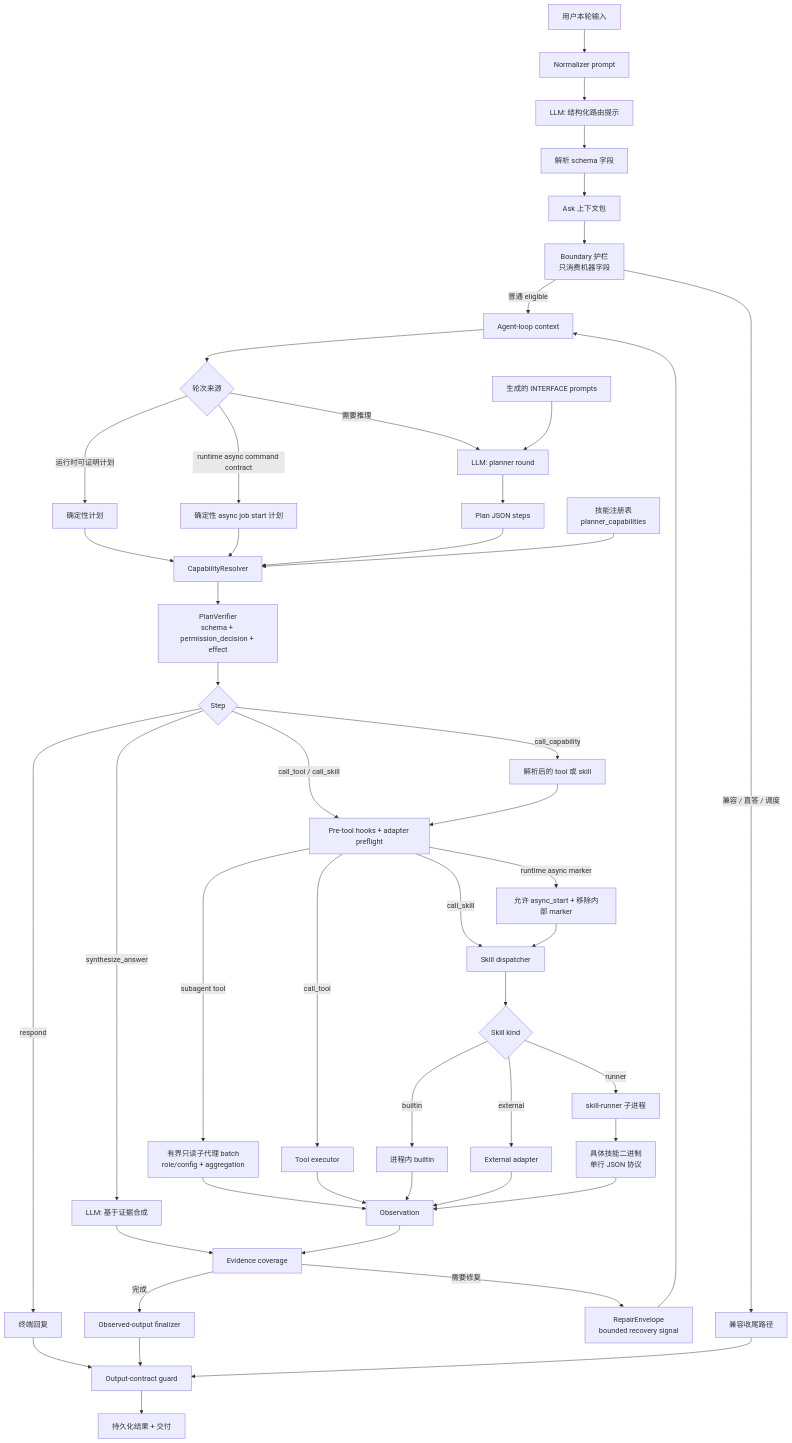
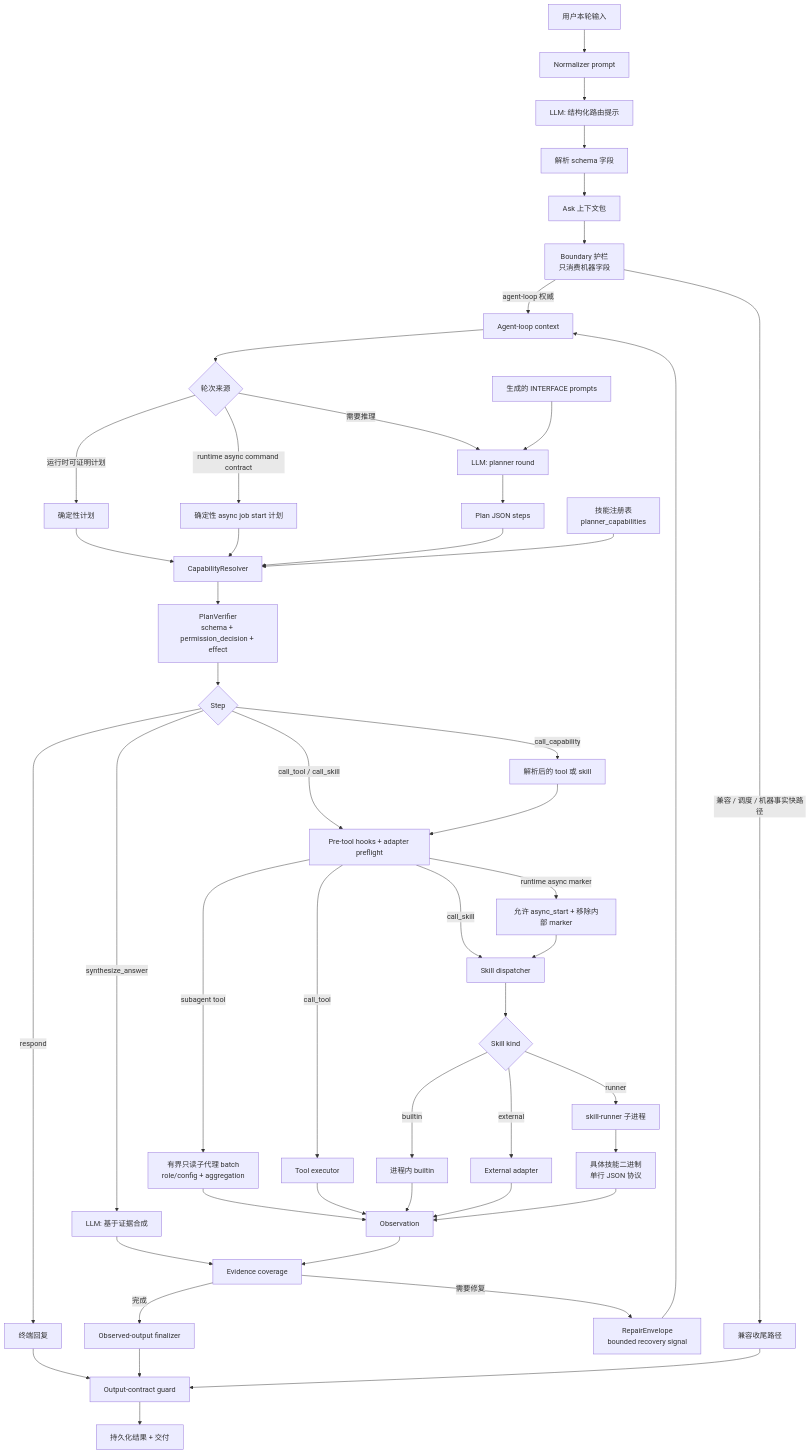
The second of 3 diagrams in README.zh-CN.md (MatrixCoreX/RustClaw), drawn with Mermaid before and after one commit. The commit also changed other lines of this file and 4 other files, not shown here.

````diff
--- a/README.zh-CN.md
+++ b/README.zh-CN.md
@@ -116,51 +116,51 @@
 ```mermaid
 flowchart TD
     A[用户本轮输入] --> B[Normalizer prompt]
     B --> C[LLM: 结构化路由提示]
     C --> D[解析 schema 字段]
     D --> E[Ask 上下文包]
     E --> F[Boundary 护栏<br/>只消费机器字段]
-    F -->|普通 eligible| G[Agent-loop context]
-    F -->|兼容 / 直答 / 调度| H[兼容收尾路径]
+    F -->|agent-loop 权威| G[Agent-loop context]
+    F -->|兼容 / 调度 / 机器事实快路径| H[兼容收尾路径]
     G --> I{轮次来源}
     I -->|运行时可证明计划| J[确定性计划]
     I -->|runtime async command contract| JA[确定性 async job start 计划]
     I -->|需要推理| K[LLM: planner round]
     K --> L[Plan JSON steps]
     J --> M[CapabilityResolver]
     JA --> M
     L --> M
     N[技能注册表<br/>planner_capabilities] --> M
     O[生成的 INTERFACE prompts] --> K
     M --> P[PlanVerifier<br/>schema + permission_decision + effect]
     P --> Q{Step}
     Q -->|call_capability| R[解析后的 tool 或 skill]
     Q -->|call_tool / call_skill| QA[Pre-tool hooks + adapter preflight]
     R --> QA
     QA -->|runtime async marker| AR[允许 async_start + 移除内部 marker]
     QA -->|subagent tool| SS[有界只读子代理 batch<br/>role/config + aggregation]
     QA -->|call_tool| S[Tool executor]
     QA -->|call_skill| T[Skill dispatcher]
     AR --> T
     T --> U{Skill kind}
     U -->|builtin| V[进程内 builtin]
     U -->|external| W[External adapter]
     U -->|runner| X[skill-runner 子进程]
     X --> Y[具体技能二进制<br/>单行 JSON 协议]
     SS --> Z
     S --> Z[Observation]
     V --> Z
     W --> Z
     Y --> Z
     Q -->|synthesize_answer| ZA[LLM: 基于证据合成]
     Q -->|respond| ZB[终端回复]
     ZA --> ZC[Evidence coverage]
     Z --> ZC
     ZC -->|需要修复| ZR[RepairEnvelope<br/>bounded recovery signal]
     ZR --> G
     ZC -->|完成| ZD[Observed-output finalizer]
     ZB --> ZE[Output-contract guard]
     ZD --> ZE
     H --> ZE
     ZE --> ZF[持久化结果 + 交付]
 ```
````
